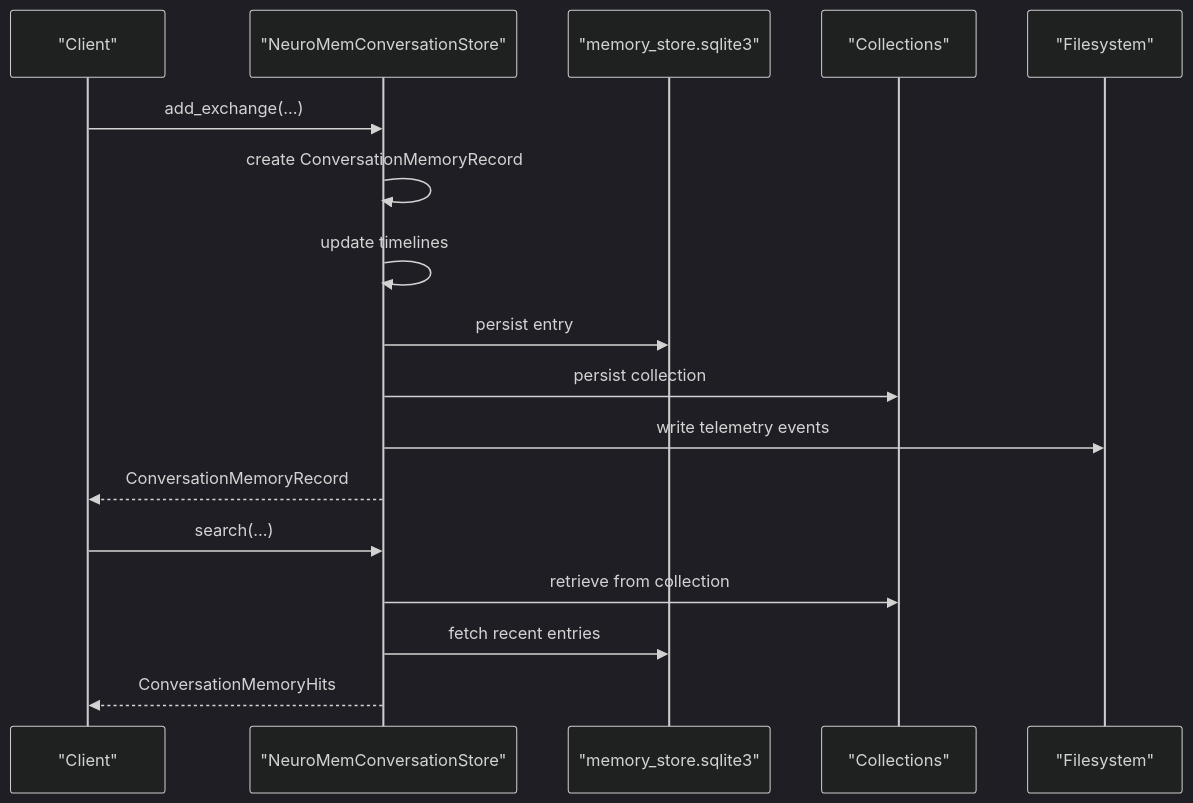
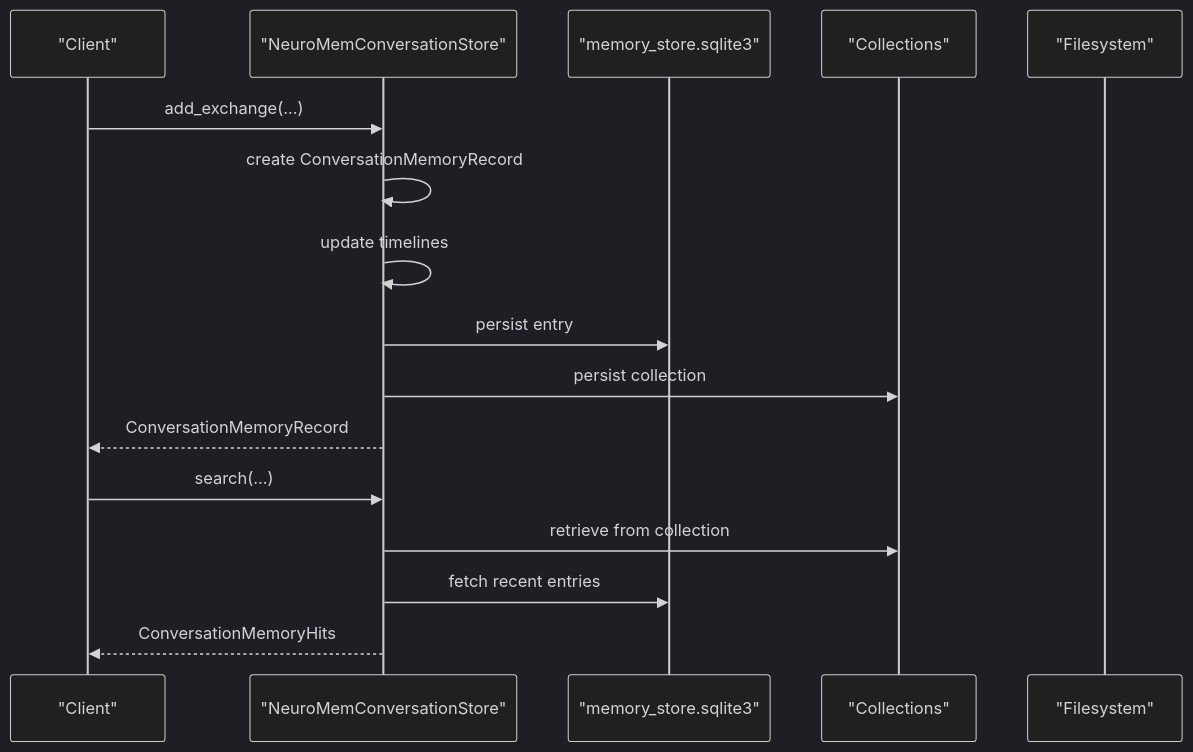
Before and after one commit to intellistream/sage-mate: the second of 7 diagrams in .qoder/repowiki/en/content/Memory Systems/Memory Persistence and Storage.md, drawn with Mermaid (dark theme). The commit also changed other lines of this file and 60 other files, not shown here.

````diff
--- a/.qoder/repowiki/en/content/Memory Systems/Memory Persistence and Storage.md
+++ b/.qoder/repowiki/en/content/Memory Systems/Memory Persistence and Storage.md
@@ -94,19 +99,18 @@
 ```mermaid
 sequenceDiagram
 participant Client as "Client"
 participant Store as "NeuroMemConversationStore"
 participant SQLite as "memory_store.sqlite3"
 participant Coll as "Collections"
 participant FS as "Filesystem"
 Client->>Store : add_exchange(...)
 Store->>Store : create ConversationMemoryRecord
 Store->>Store : update timelines
 Store->>SQLite : persist entry
 Store->>Coll : persist collection
-Store->>FS : write telemetry events
 Store-->>Client : ConversationMemoryRecord
 Client->>Store : search(...)
 Store->>Coll : retrieve from collection
 Store->>SQLite : fetch recent entries
 Store-->>Client : ConversationMemoryHits
 ```
````
